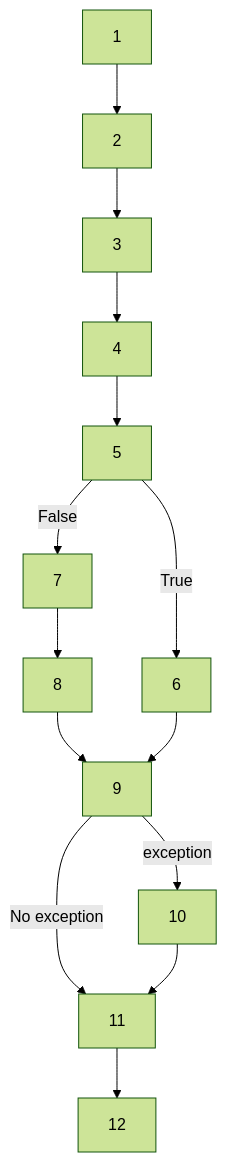
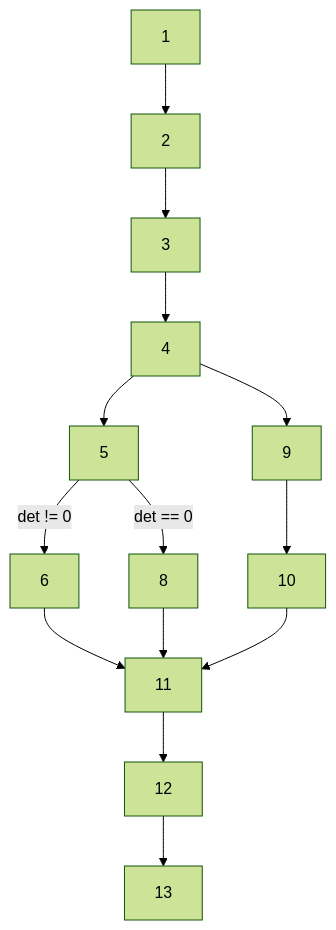
The diagram in Software_Design_ESE.md (ToothlessRider/ESE_Notes), drawn with Mermaid (forest theme) before and after one commit. The commit also changed other lines of this file, not shown here.

Commit message:
Software_Design_ESE.md updated from https://stackedit.io/

````diff
--- a/Software_Design_ESE.md
+++ b/Software_Design_ESE.md
@@ -55,17 +55,20 @@
 ```mermaid
 graph TD
     A[1] --> B[2]
     B --> C[3]
     C --> D[4]
     D --> E[5]
-	E -- True --> F[6]
-	E -- False --> H[7]
-	H --> I[8]
-	I -->J[9]
-	J -- exception --> K[10]
-	F --> J
-	J -- No exception --> L[11]
-	K --> L
-	L --> M[12]
+    E -- det != 0 --> F[6]
+    E -- det == 0 -->G[8]
+    F --> H[11]
+    G --> H
+    D --> I[9]
+    I --> J[10]
+    J --> H
+    H --> K[12]
+    K --> L[13]
+
+    
+  
 
 ```
````
